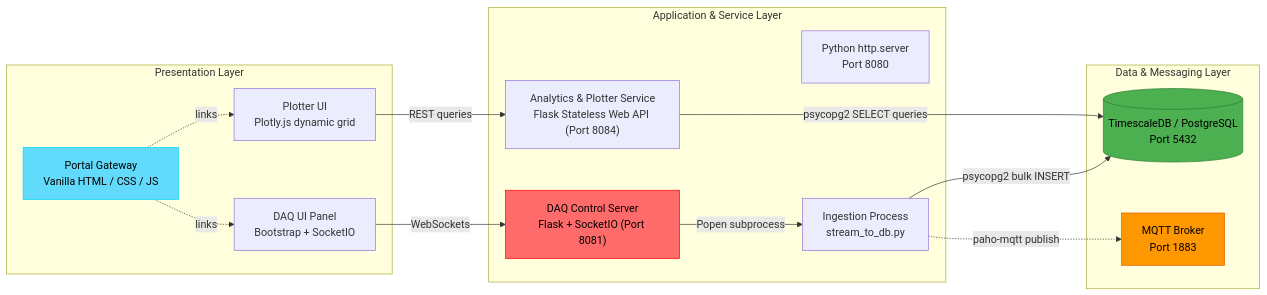
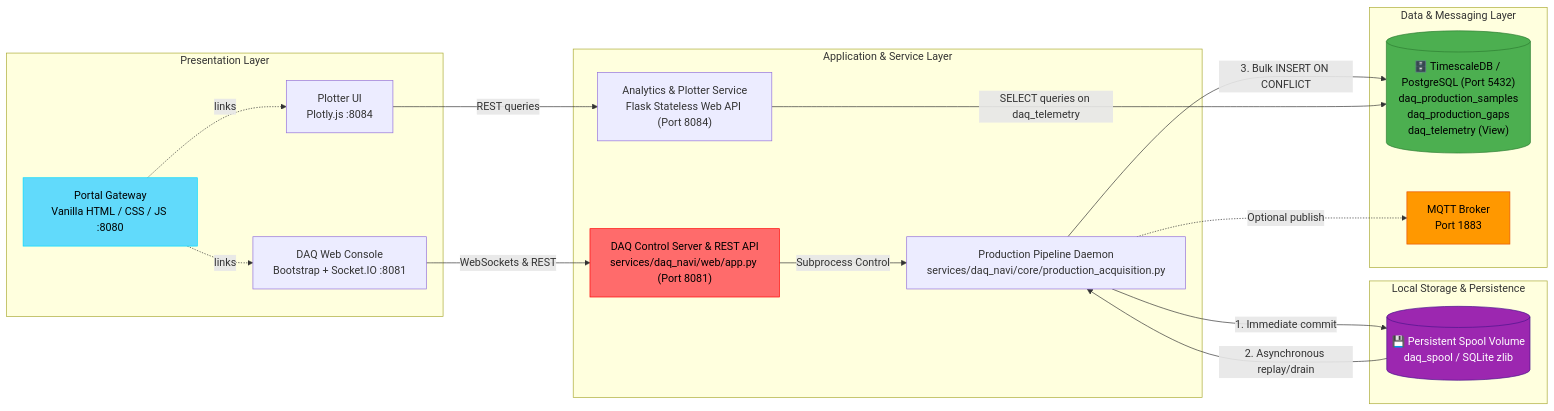
One commit to Faiisu/IIoT-data-ingest changed the second of 2 diagrams in README.md. Above: the diagram before and after it, drawn with Mermaid. The commit also changed other lines of this file and 4 other files, not shown here.

Commit message:
docs(architecture): update system diagrams, ERD, and README for production acquisition pipeline

````diff
--- a/README.md
+++ b/README.md
@@ -49,36 +46,42 @@
 ```mermaid
 graph LR
     subgraph "Presentation Layer"
-        Portal[Portal Gateway<br/>Vanilla HTML / CSS / JS]
-        DAQView[DAQ UI Panel<br/>Bootstrap + SocketIO]
-        PlotView[Plotter UI<br/>Plotly.js dynamic grid]
+        Portal[Portal Gateway<br/>Vanilla HTML / CSS / JS :8080]
+        DAQView[DAQ Web Console<br/>Bootstrap + Socket.IO :8081]
+        PlotView[Plotter UI<br/>Plotly.js :8084]
     end
 
     subgraph "Application & Service Layer"
-        WebServer[Python http.server<br/>Port 8080]
-        DAQGUISvc["DAQ Control Server<br/>Flask + SocketIO (Port 8081)"]
+        DAQGUISvc["DAQ Control Server & REST API<br/>services/daq_navi/web/app.py (Port 8081)"]
+        ProductionPipeline["Production Pipeline Daemon<br/>services/daq_navi/core/production_acquisition.py"]
         PlotSvc["Analytics & Plotter Service<br/>Flask Stateless Web API (Port 8084)"]
-        DAQStream[Ingestion Process<br/>stream_to_db.py]
+    end
+
+    subgraph "Local Storage & Persistence"
+        SpoolVol[("💾 Persistent Spool Volume<br/>daq_spool / SQLite zlib")]
     end
 
     subgraph "Data & Messaging Layer"
-        TimescaleDB[(TimescaleDB / PostgreSQL<br/>Port 5432)]
+        TimescaleDB[("🗄️ TimescaleDB / PostgreSQL (Port 5432)<br/>daq_production_samples<br/>daq_production_gaps<br/>daq_telemetry (View)")]
         MQTTBroker[MQTT Broker<br/>Port 1883]
     end
 
     Portal -.->|links| DAQView
     Portal -.->|links| PlotView
 
-    DAQView -->|WebSockets| DAQGUISvc
-    DAQGUISvc -->|Popen subprocess| DAQStream
+    DAQView -->|WebSockets & REST| DAQGUISvc
+    DAQGUISvc -->|Subprocess Control| ProductionPipeline
     PlotView -->|REST queries| PlotSvc
 
-    DAQStream -->|psycopg2 bulk INSERT| TimescaleDB
-    DAQStream -.->|paho-mqtt publish| MQTTBroker
-    PlotSvc -->|psycopg2 SELECT queries| TimescaleDB
+    ProductionPipeline -->|1. Immediate commit| SpoolVol
+    SpoolVol -->|2. Asynchronous replay/drain| ProductionPipeline
+    ProductionPipeline -->|3. Bulk INSERT ON CONFLICT| TimescaleDB
+    ProductionPipeline -.->|Optional publish| MQTTBroker
+    PlotSvc -->|SELECT queries on daq_telemetry| TimescaleDB
 
     style Portal fill:#61dafb,stroke:#00d8ff,color:#000
     style DAQGUISvc fill:#ff6b6b,stroke:#ff0000,color:#000
+    style SpoolVol fill:#9c27b0,stroke:#4a148c,color:#fff
     style TimescaleDB fill:#4caf50,stroke:#2e7d32,color:#000
     style MQTTBroker fill:#ff9800,stroke:#e65100,color:#000
 ```
````
